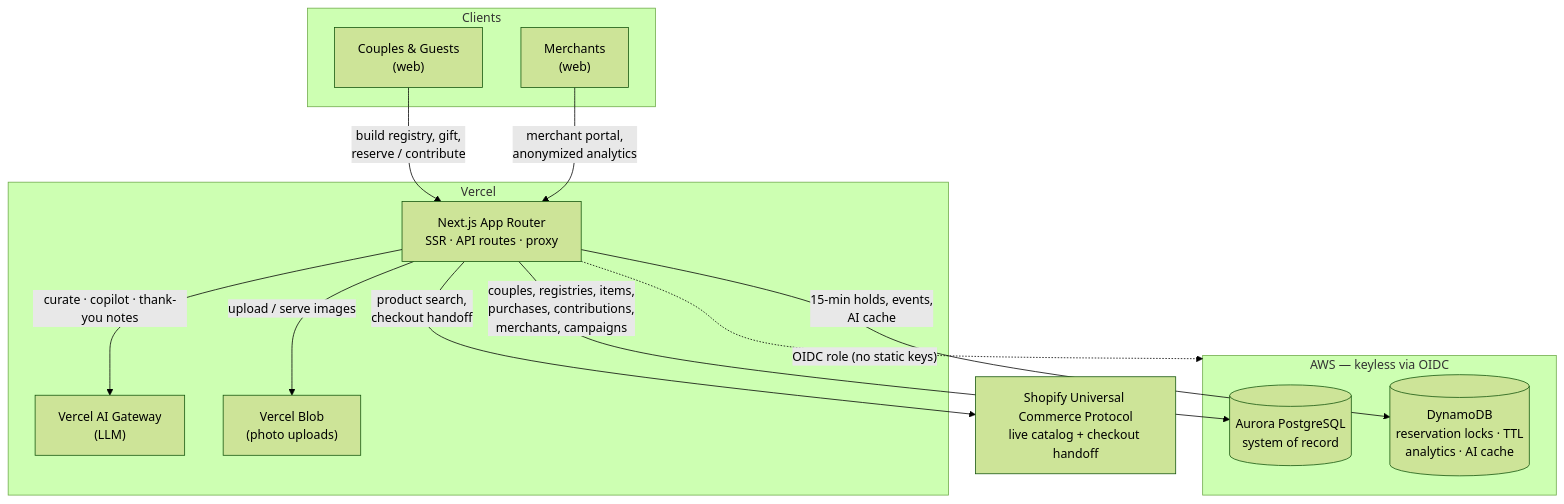
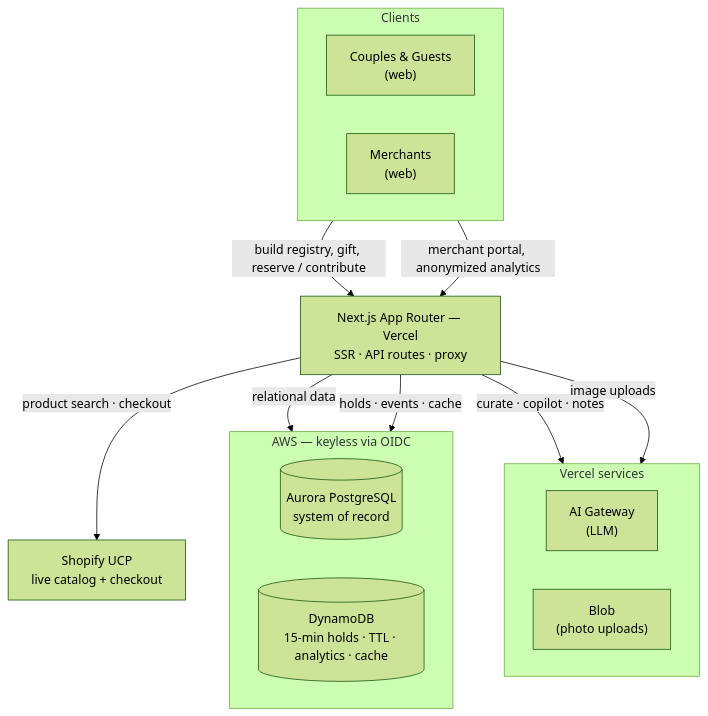
One commit to SaumoPal97/vowcart-ai-powered-wedding-registry changed the diagram in SUBMISSION.md. Above: the diagram before and after it, drawn with Mermaid (forest theme). The commit also changed other lines of this file and 3 other files, not shown here.

First line of the commit message:
docs: redo architecture diagram as clean layered flow (no crossing arrows)

````diff
--- a/SUBMISSION.md
+++ b/SUBMISSION.md
@@ -16,31 +18,33 @@
 ```mermaid
 flowchart TB
   subgraph Clients["Clients"]
+    direction LR
     C["Couples & Guests<br/>(web)"]
     M["Merchants<br/>(web)"]
   end
 
-  subgraph Vercel["Vercel"]
-    APP["Next.js App Router<br/>SSR · API routes · proxy"]
-    GW["Vercel AI Gateway<br/>(LLM)"]
-    BLOB["Vercel Blob<br/>(photo uploads)"]
+  APP["Next.js App Router — Vercel<br/>SSR · API routes · proxy"]
+
+  subgraph VSVC["Vercel services"]
+    direction LR
+    GW["AI Gateway<br/>(LLM)"]
+    BLOB["Blob<br/>(photo uploads)"]
   end
 
+  SHOP["Shopify UCP<br/>live catalog + checkout"]
+
   subgraph AWS["AWS — keyless via OIDC"]
+    direction LR
     PG[("Aurora PostgreSQL<br/>system of record")]
-    DDB[("DynamoDB<br/>reservation locks · TTL<br/>analytics · AI cache")]
+    DDB[("DynamoDB<br/>15-min holds · TTL · analytics · cache")]
   end
 
-  SHOP["Shopify Universal Commerce Protocol<br/>live catalog + checkout handoff"]
+  C -->|"build registry, gift, reserve / contribute"| APP
+  M -->|"merchant portal, anonymized analytics"| APP
 
-  C -->|"build registry, gift,<br/>reserve / contribute"| APP
-  M -->|"merchant portal,<br/>anonymized analytics"| APP
-
-  APP -->|"couples, registries, items,<br/>purchases, contributions,<br/>merchants, campaigns"| PG
-  APP -->|"15-min holds, events,<br/>AI cache"| DDB
-  APP -->|"curate · copilot · thank-you notes"| GW
-  APP -->|"product search,<br/>checkout handoff"| SHOP
-  APP -->|"upload / serve images"| BLOB
-
-  APP -. "OIDC role (no static keys)" .-> AWS
+  APP -->|"curate · copilot · notes"| GW
+  APP -->|"image uploads"| BLOB
+  APP -->|"product search · checkout"| SHOP
+  APP -->|"relational data"| PG
+  APP -->|"holds · events · cache"| DDB
 ```
````
